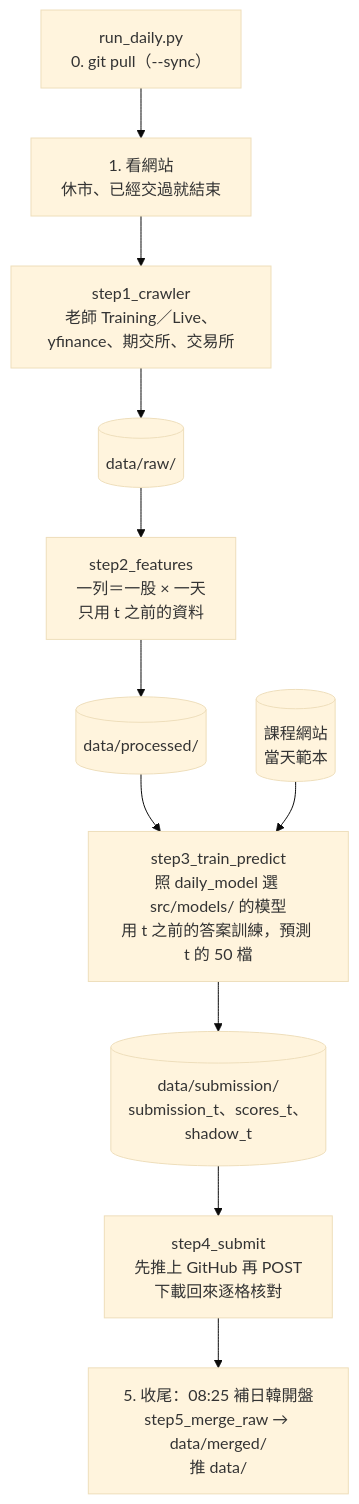
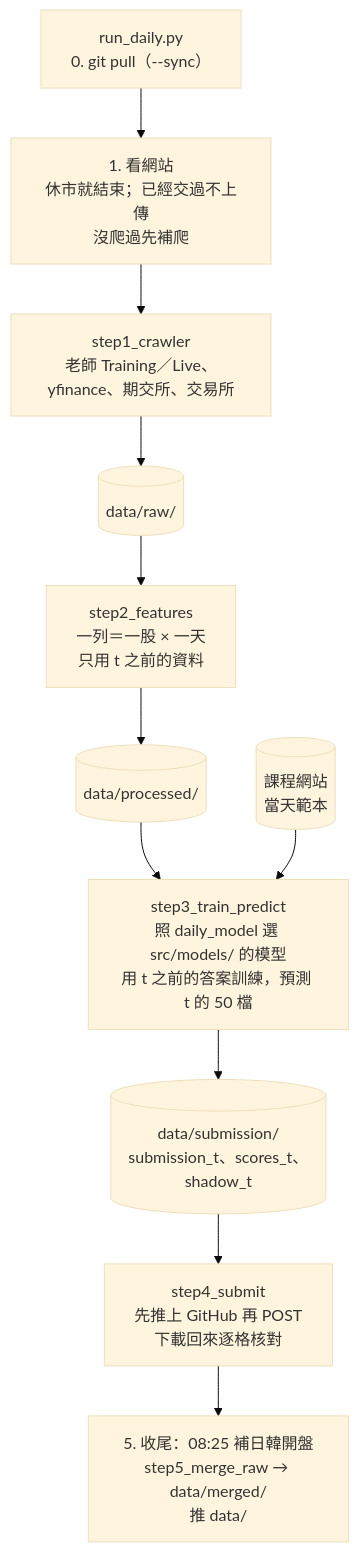
Before and after one commit to jiangjiangian/ml-final-2026-fall: the diagram in memory/context/02-pipeline.md, drawn with Mermaid (base theme). The commit also changed other lines of this file and 6 other files, not shown here.

````diff
--- a/memory/context/02-pipeline.md
+++ b/memory/context/02-pipeline.md
@@ -7,13 +7,13 @@
 ```mermaid
 flowchart TD
-  Z["run_daily.py<br/>0. git pull（--sync）"] --> A["1. 看網站<br/>休市、已經交過就結束"]
+  Z["run_daily.py<br/>0. git pull（--sync）"] --> A["1. 看網站<br/>休市就結束；已經交過不上傳<br/>沒爬過先補爬"]
   A --> B["step1_crawler<br/>老師 Training／Live、yfinance、期交所、交易所"]
   B --> R[("data/raw/")]
   R --> C["step2_features<br/>一列＝一股 × 一天<br/>只用 t 之前的資料"]
   C --> P[("data/processed/")]
   P --> D["step3_train_predict<br/>照 daily_model 選 src/models/ 的模型<br/>用 t 之前的答案訓練，預測 t 的 50 檔"]
   D --> S[("data/submission/<br/>submission_t、scores_t、shadow_t")]
   T[("課程網站<br/>當天範本")] --> D
   S --> F["step4_submit<br/>先推上 GitHub 再 POST<br/>下載回來逐格核對"]
   F --> G["5. 收尾：08:25 補日韓開盤<br/>step5_merge_raw → data/merged/<br/>推 data/"]
 ```
````
